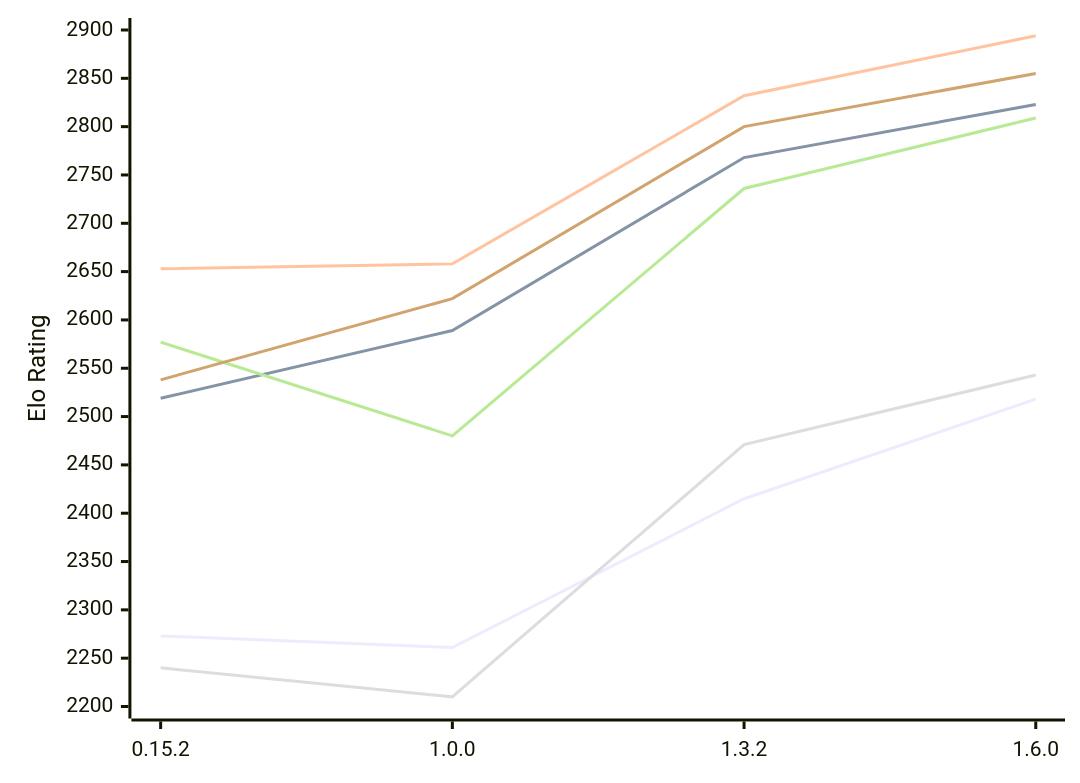
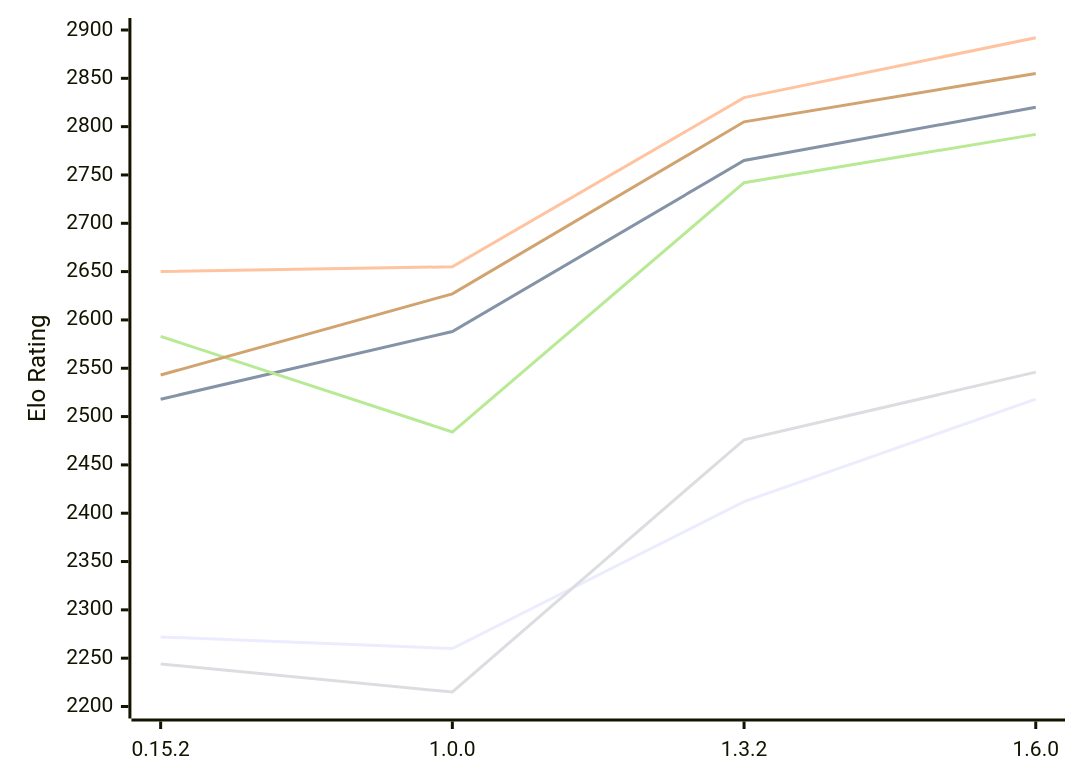
The diagram in engines/ElephantGambit.md (computer-chess-index/cci), drawn with Mermaid before and after one commit. The commit also changed other lines of this file, not shown here.

Commit message:
Update CCI Ratings (ELO VLTC) - 2026-11-23

````diff
--- a/engines/ElephantGambit.md
+++ b/engines/ElephantGambit.md
@@ -54,12 +54,12 @@
 ```mermaid
 %%{init: {"theme":"base","themeVariables":{"seriesColors:['#a3a3a3','#222221','#faa371']}}}%%
 xychart-beta
   x-axis ["0.15.2", "1.0.0", "1.3.2", "1.6.0"]
   y-axis "Elo Rating" 2200 --> 2900
-  line "E1: STC (8.0+0.08s)" [2273, 2261, 2415, 2518]
-  line "E1: LTC (60.0+0.60s)" [2519, 2589, 2768, 2823]
-  line "E1: VLTC (2m24s+1.12s)" [2653, 2658, 2832, 2894]
-  line "P1: STC (8.0+0.08s)" [2240, 2210, 2471, 2543]
-  line "P1: LTC (60.0+0.60s)" [2577, 2480, 2736, 2809]
-  line "P1: VLTC (2m24s+1.12s)" [2538, 2622, 2800, 2855]
+  line "E1: STC (8.0+0.08s)" [2272, 2260, 2412, 2518]
+  line "E1: LTC (60.0+0.60s)" [2518, 2588, 2765, 2820]
+  line "E1: VLTC (2m24s+1.12s)" [2650, 2655, 2830, 2892]
+  line "P1: STC (8.0+0.08s)" [2244, 2215, 2476, 2546]
+  line "P1: LTC (60.0+0.60s)" [2583, 2484, 2742, 2792]
+  line "P1: VLTC (2m24s+1.12s)" [2543, 2627, 2805, 2855]
 ```
````
